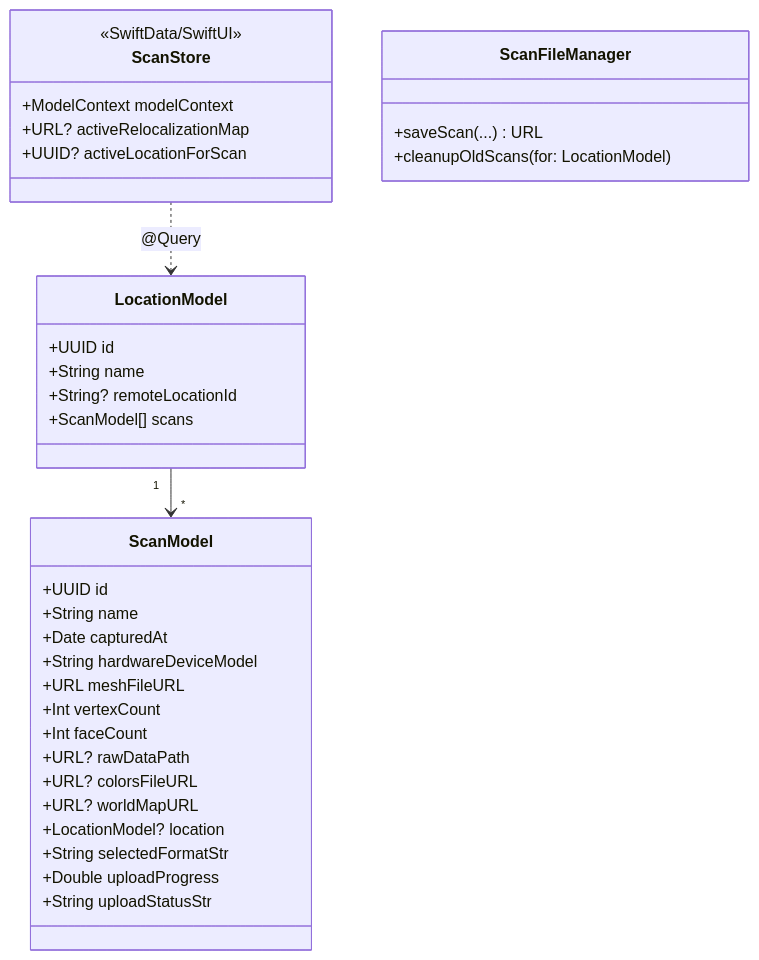
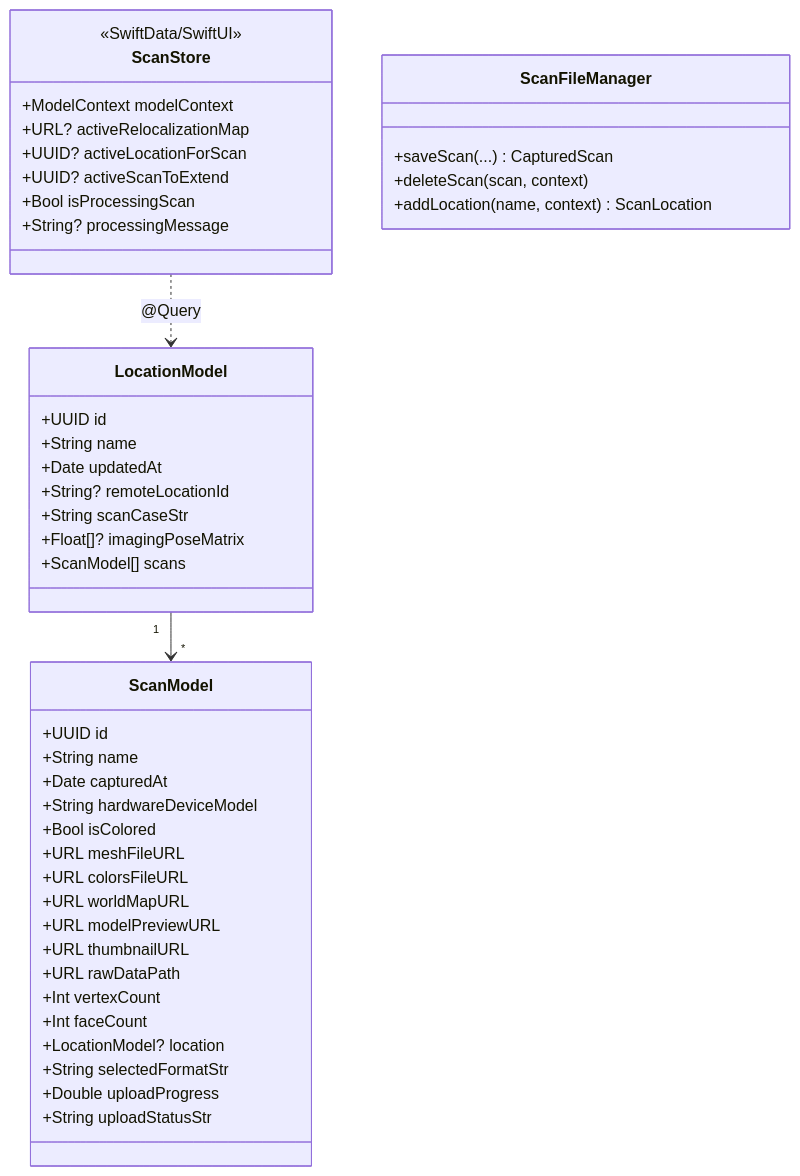
Before and after one commit to WiseLabCMU/wisescan-ios: the fifth of 6 diagrams in REQUIREMENTS.md, drawn with Mermaid. The commit also changed other lines of this file and 1 other file, not shown here.

Commit message:
Update README and REQUIREMENTS to match current codebase

````diff
--- a/REQUIREMENTS.md
+++ b/REQUIREMENTS.md
@@ -382,41 +390,51 @@
 ```mermaid
 classDiagram
     class LocationModel {
         +UUID id
         +String name
+        +Date updatedAt
         +String? remoteLocationId
+        +String scanCaseStr
+        +Float[]? imagingPoseMatrix
         +ScanModel[] scans
     }
 
     class ScanModel {
         +UUID id
         +String name
         +Date capturedAt
         +String hardwareDeviceModel
+        +Bool isColored
         +URL meshFileURL
+        +URL colorsFileURL
+        +URL worldMapURL
+        +URL modelPreviewURL
+        +URL thumbnailURL
+        +URL rawDataPath
         +Int vertexCount
         +Int faceCount
-        +URL? rawDataPath
-        +URL? colorsFileURL
-        +URL? worldMapURL
         +LocationModel? location
         +String selectedFormatStr
         +Double uploadProgress
         +String uploadStatusStr
     }
 
     class ScanStore {
         <<SwiftData/SwiftUI>>
         +ModelContext modelContext
         +URL? activeRelocalizationMap
         +UUID? activeLocationForScan
+        +UUID? activeScanToExtend
+        +Bool isProcessingScan
+        +String? processingMessage
     }
 
     class ScanFileManager {
-        +saveScan(...) URL
-        +cleanupOldScans(for: LocationModel)
+        +saveScan(...) CapturedScan
+        +deleteScan(scan, context)
+        +addLocation(name, context) ScanLocation
     }
 
     LocationModel "1" --> "*" ScanModel
     ScanStore ..> LocationModel : @Query
 ```
````
